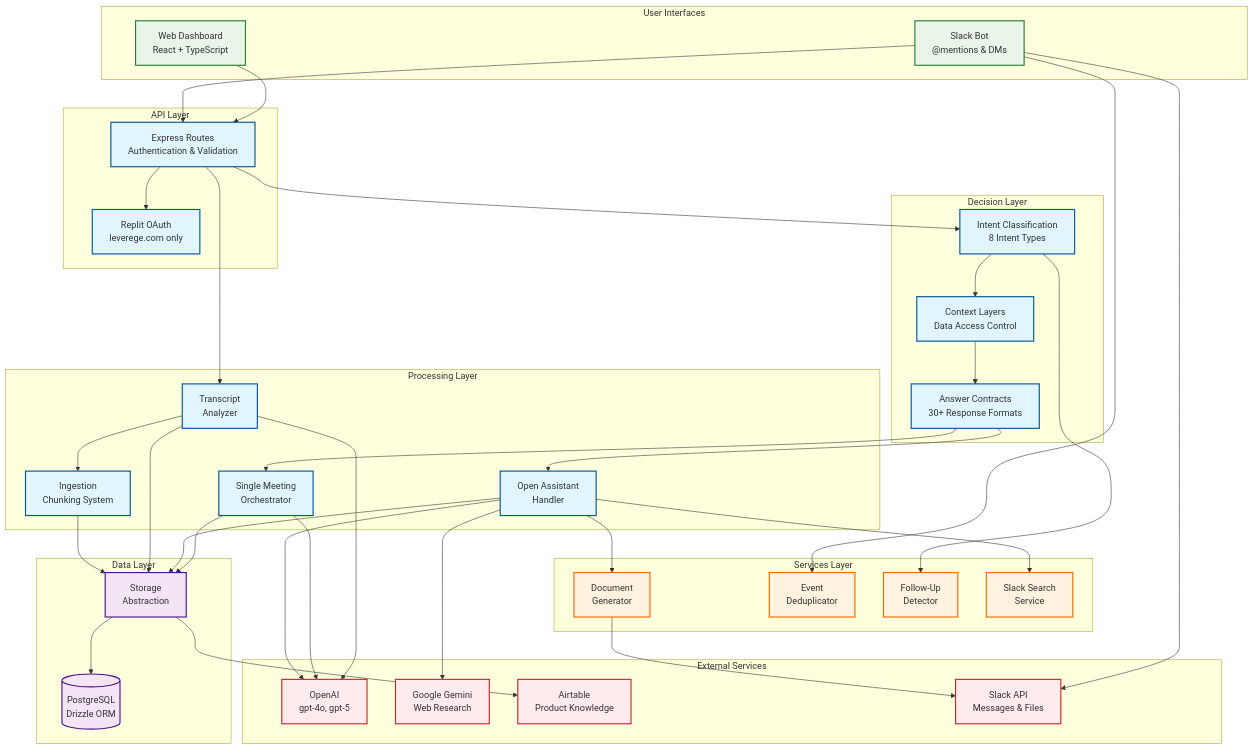
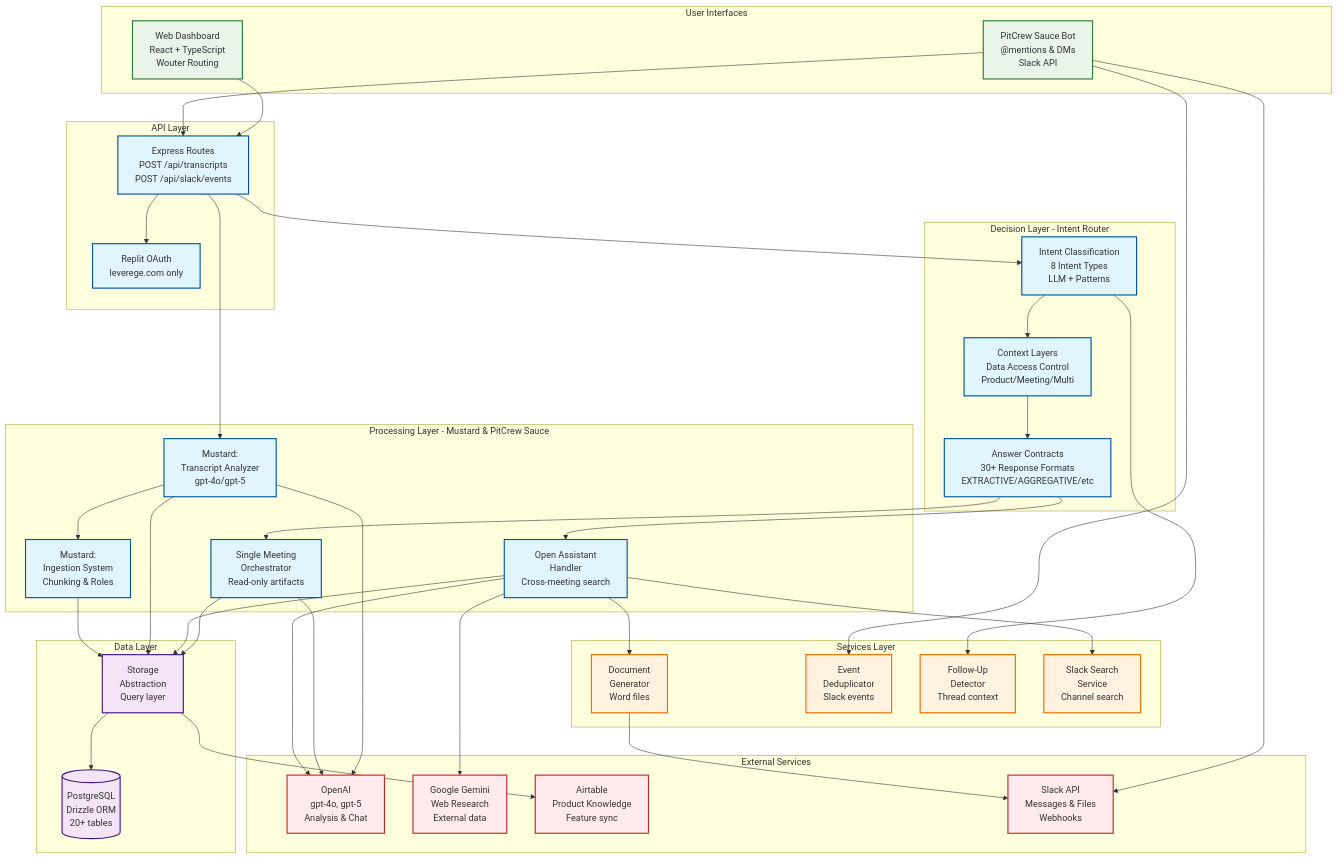
One commit to Ops-Team-Leverege/Mustard changed the third of 3 diagrams in docs/VISUAL_SYSTEM_DIAGRAMS.md. Above: the diagram before and after it, drawn with Mermaid. The commit also changed other lines of this file and 2 other files, not shown here.

````diff
--- a/docs/VISUAL_SYSTEM_DIAGRAMS.md
+++ b/docs/VISUAL_SYSTEM_DIAGRAMS.md
@@ -162,45 +177,45 @@
 ```mermaid
 graph TB
     subgraph "User Interfaces"
-        Web[Web Dashboard<br/>React + TypeScript]
-        Slack[Slack Bot<br/>@mentions & DMs]
+        Web[Web Dashboard<br/>React + TypeScript<br/>Wouter Routing]
+        Slack[PitCrew Sauce Bot<br/>@mentions & DMs<br/>Slack API]
     end
     
     subgraph "API Layer"
-        Routes[Express Routes<br/>Authentication & Validation]
+        Routes[Express Routes<br/>POST /api/transcripts<br/>POST /api/slack/events]
         Auth[Replit OAuth<br/>leverege.com only]
     end
     
-    subgraph "Decision Layer"
-        Intent[Intent Classification<br/>8 Intent Types]
-        Context[Context Layers<br/>Data Access Control]
-        Contract[Answer Contracts<br/>30+ Response Formats]
+    subgraph "Decision Layer - Intent Router"
+        Intent[Intent Classification<br/>8 Intent Types<br/>LLM + Patterns]
+        Context[Context Layers<br/>Data Access Control<br/>Product/Meeting/Multi]
+        Contract[Answer Contracts<br/>30+ Response Formats<br/>EXTRACTIVE/AGGREGATIVE/etc]
     end
     
-    subgraph "Processing Layer"
-        Single[Single Meeting<br/>Orchestrator]
-        Multi[Open Assistant<br/>Handler]
-        Analyzer[Transcript<br/>Analyzer]
-        Ingestion[Ingestion<br/>Chunking System]
+    subgraph "Processing Layer - Mustard & PitCrew Sauce"
+        Single[Single Meeting<br/>Orchestrator<br/>Read-only artifacts]
+        Multi[Open Assistant<br/>Handler<br/>Cross-meeting search]
+        Analyzer[Mustard:<br/>Transcript Analyzer<br/>gpt-4o/gpt-5]
+        Ingestion[Mustard:<br/>Ingestion System<br/>Chunking & Roles]
     end
     
     subgraph "Services Layer"
-        DocGen[Document<br/>Generator]
-        Dedupe[Event<br/>Deduplicator]
-        FollowUp[Follow-Up<br/>Detector]
-        SlackSearch[Slack Search<br/>Service]
+        DocGen[Document<br/>Generator<br/>Word files]
+        Dedupe[Event<br/>Deduplicator<br/>Slack events]
+        FollowUp[Follow-Up<br/>Detector<br/>Thread context]
+        SlackSearch[Slack Search<br/>Service<br/>Channel search]
     end
     
     subgraph "Data Layer"
-        DB[(PostgreSQL<br/>Drizzle ORM)]
-        Storage[Storage<br/>Abstraction]
+        DB[(PostgreSQL<br/>Drizzle ORM<br/>20+ tables)]
+        Storage[Storage<br/>Abstraction<br/>Query layer]
     end
     
     subgraph "External Services"
-        OpenAI[OpenAI<br/>gpt-4o, gpt-5]
-        Gemini[Google Gemini<br/>Web Research]
-        Airtable[Airtable<br/>Product Knowledge]
-        SlackAPI[Slack API<br/>Messages & Files]
+        OpenAI[OpenAI<br/>gpt-4o, gpt-5<br/>Analysis & Chat]
+        Gemini[Google Gemini<br/>Web Research<br/>External data]
+        Airtable[Airtable<br/>Product Knowledge<br/>Feature sync]
+        SlackAPI[Slack API<br/>Messages & Files<br/>Webhooks]
     end
     
     Web --> Routes
````
